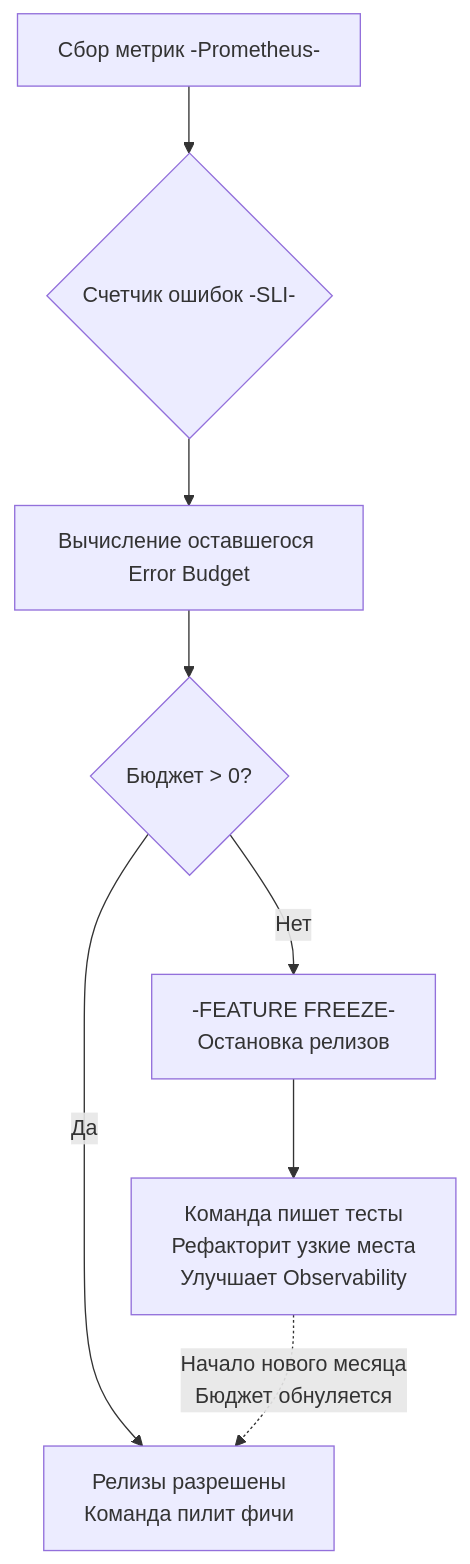
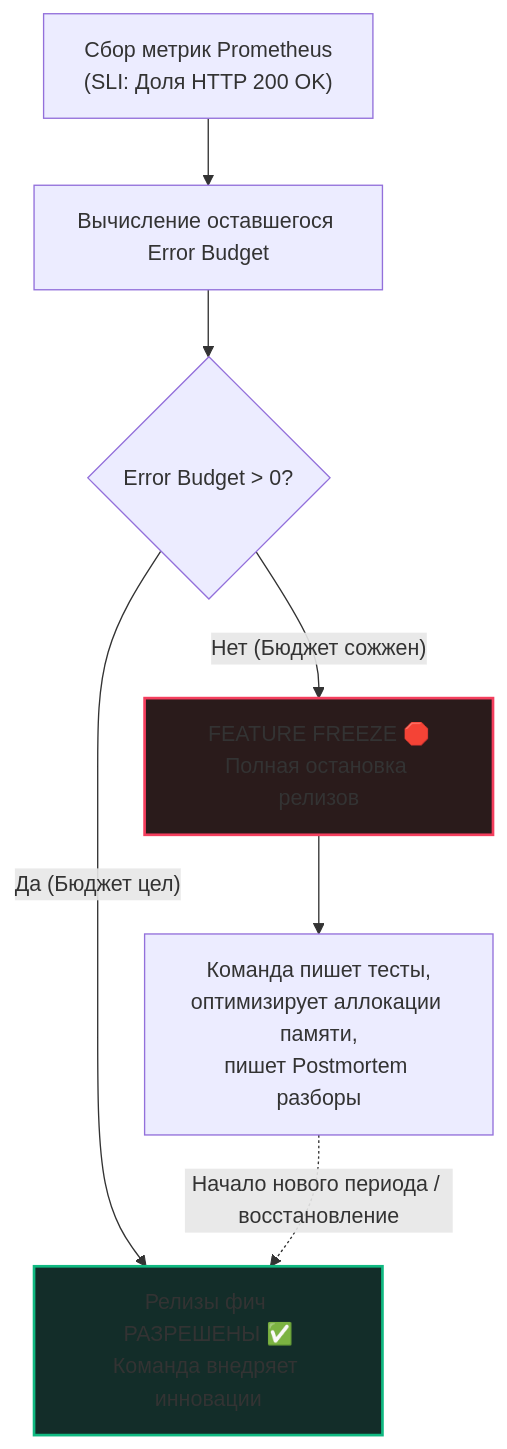
The diagram in sources/16. Профилирование, отладка и производительность/10. Highload/9. SLO и SLA.md (UnrealTemplier/go-textbook), drawn with Mermaid before and after one commit. The commit also changed other lines of this file, not shown here.

````diff
--- a/sources/16. Профилирование, отладка и производительность/10. Highload/9. SLO и SLA.md
+++ b/sources/16. Профилирование, отладка и производительность/10. Highload/9. SLO и SLA.md
@@ -65,10 +100,14 @@
 ```mermaid
 flowchart TD
-    A["Сбор метрик -Prometheus-"] --> B{"Счетчик ошибок -SLI-"}
-    B --> C["Вычисление оставшегося Error Budget"]
-    C --> D{"Бюджет > 0?"}
-    D -- Да --> E["Релизы разрешены<br>Команда пилит фичи"]
-    D -- Нет --> F["-FEATURE FREEZE-<br>Остановка релизов"]
-    F --> G["Команда пишет тесты<br>Рефакторит узкие места<br>Улучшает Observability"]
-    G -.->|"Начало нового месяца<br>Бюджет обнуляется"| E
+    Metrics["Сбор метрик Prometheus<br>(SLI: Доля HTTP 200 OK)"] --> Calc["Вычисление оставшегося Error Budget"]
+    Calc --> Decision{"Error Budget > 0?"}
+    
+    Decision -- "Да (Бюджет цел)" --> Features["Релизы фич РАЗРЕШЕНЫ ✅<br>Команда внедряет инновации"]
+    Decision -- "Нет (Бюджет сожжен)" --> Freeze["FEATURE FREEZE 🛑<br>Полная остановка релизов"]
+    
+    Freeze --> Stabilization["Команда пишет тесты,<br>оптимизирует аллокации памяти,<br>пишет Postmortem разборы"]
+    Stabilization -.->|"Начало нового периода / восстановление"| Features
+    
+    style Features fill:#132d29,stroke:#10b981,stroke-width:2px
+    style Freeze fill:#2a1b1b,stroke:#f43f5e,stroke-width:2px
 ```
````
